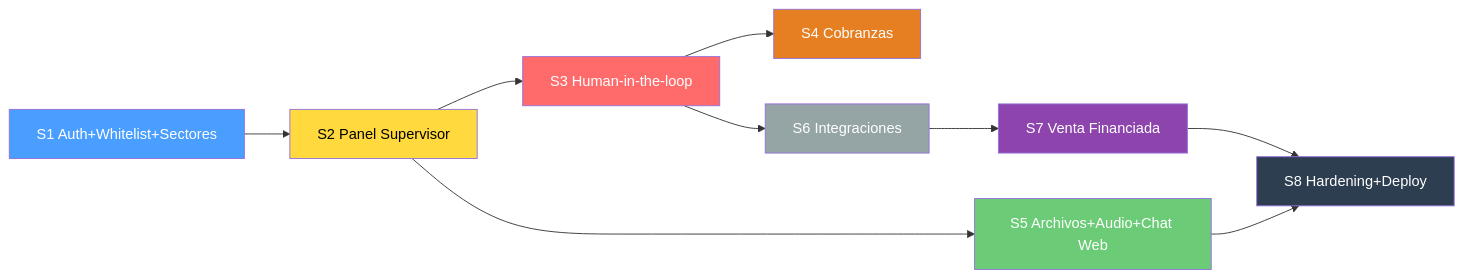
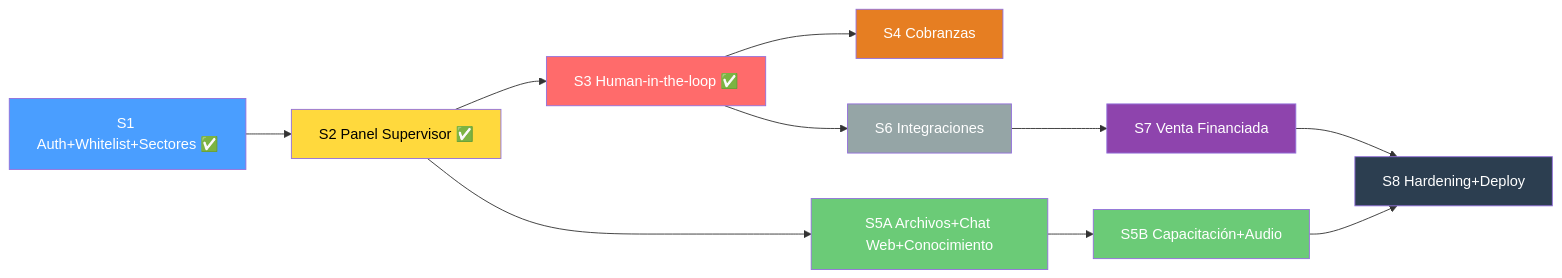
Before and after one commit to mauroarmas/TrimIA-Backend: the diagram in docs/plan_de_trabajo.md, drawn with Mermaid. The commit also changed other lines of this file, not shown here.

````diff
--- a/docs/plan_de_trabajo.md
+++ b/docs/plan_de_trabajo.md
@@ -20,19 +28,21 @@
 ```mermaid
 graph LR
-    S1["S1 Auth+Whitelist+Sectores"] --> S2["S2 Panel Supervisor"]
-    S2 --> S3["S3 Human-in-the-loop"]
+    S1["S1 Auth+Whitelist+Sectores ✅"] --> S2["S2 Panel Supervisor ✅"]
+    S2 --> S3["S3 Human-in-the-loop ✅"]
     S3 --> S4["S4 Cobranzas"]
-    S2 --> S5["S5 Archivos+Audio+Chat Web"]
+    S2 --> S5A["S5A Archivos+Chat Web+Conocimiento"]
+    S5A --> S5B["S5B Capacitación+Audio"]
     S3 --> S6["S6 Integraciones"]
     S6 --> S7["S7 Venta Financiada"]
-    S5 --> S8["S8 Hardening+Deploy"]
+    S5B --> S8["S8 Hardening+Deploy"]
     S7 --> S8
     style S1 fill:#4a9eff,color:white
     style S2 fill:#ffd93d,color:black
     style S3 fill:#ff6b6b,color:white
     style S4 fill:#e67e22,color:white
-    style S5 fill:#6bcb77,color:white
+    style S5A fill:#6bcb77,color:white
+    style S5B fill:#6bcb77,color:white
     style S6 fill:#95a5a6,color:white
     style S7 fill:#8e44ad,color:white
     style S8 fill:#2c3e50,color:white
 ```
````
